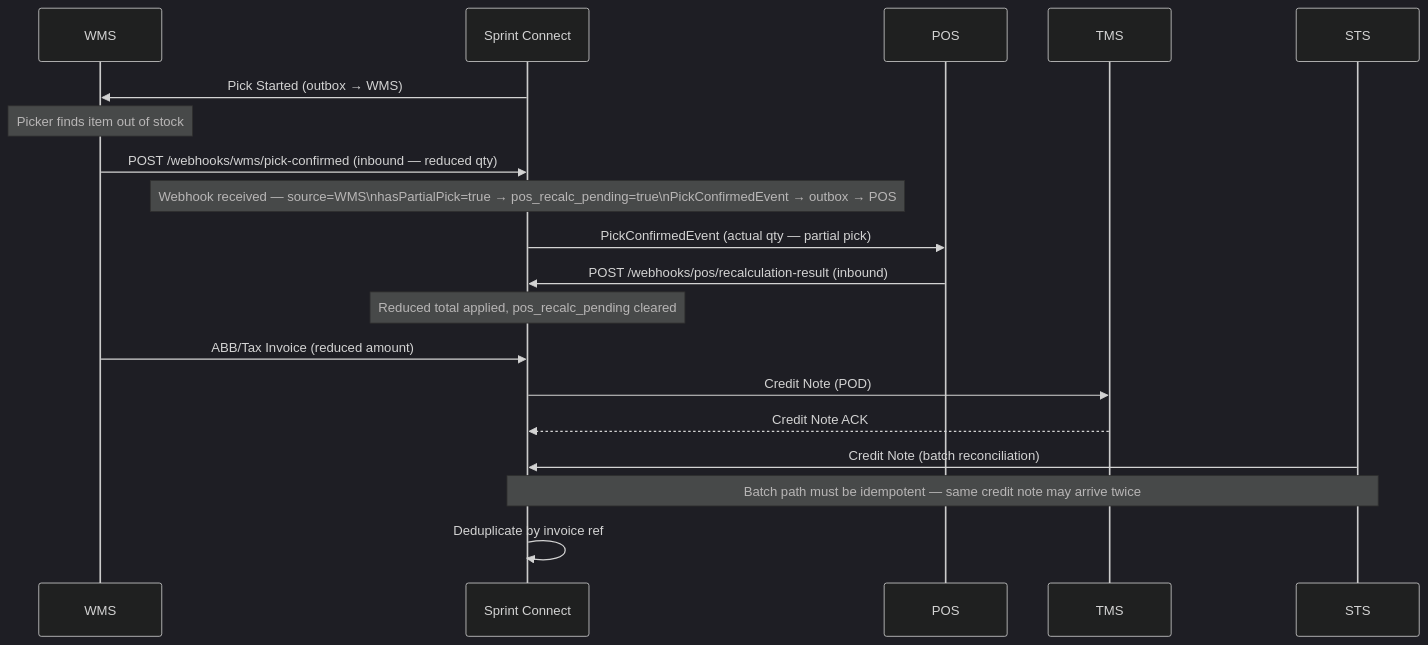
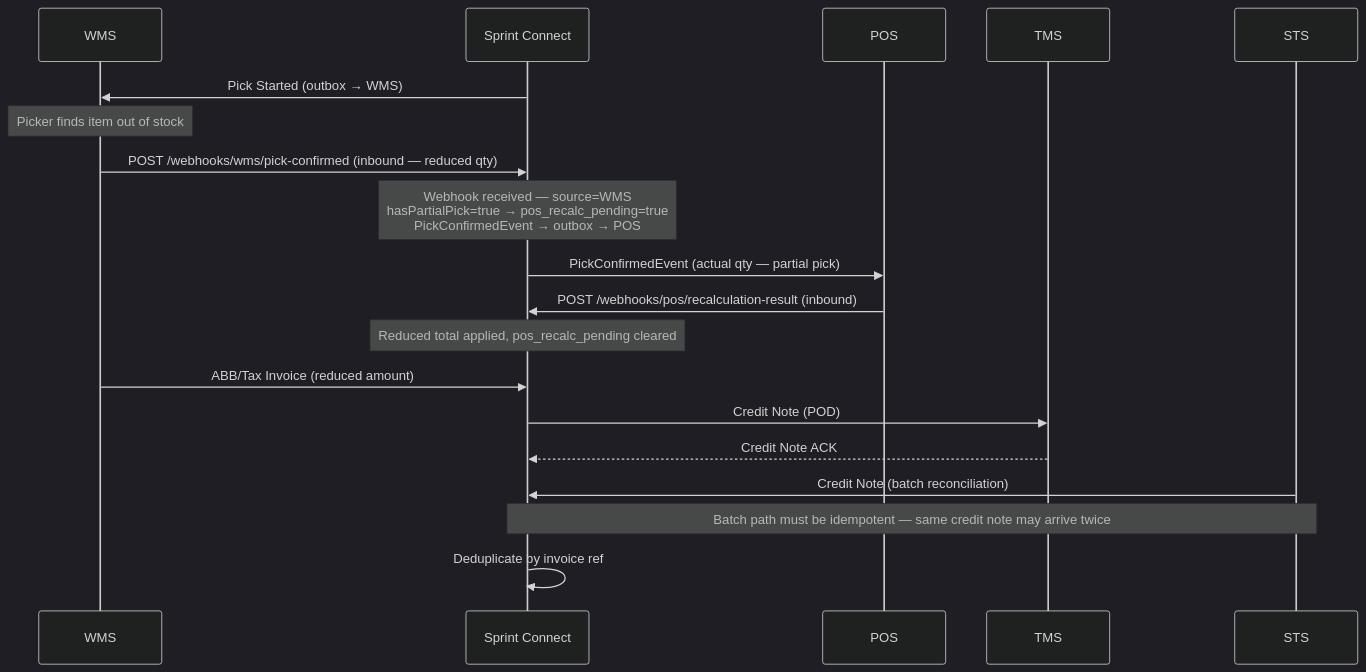
Before and after one commit to rosered11/personal-claude: the fifth of 24 diagrams in result/oms-sequence-diagrams.md, drawn with Mermaid (dark theme). The commit also changed other lines of this file and 7 other files, not shown here.

````diff
--- a/result/oms-sequence-diagrams.md
+++ b/result/oms-sequence-diagrams.md
@@ -157,26 +157,26 @@
 ```mermaid
 sequenceDiagram
     participant WMS as WMS
     participant SC as Sprint Connect
     participant POS as POS
     participant TMS as TMS
     participant STS as STS
 
     SC->>WMS: Pick Started (outbox → WMS)
     Note over WMS: Picker finds item out of stock
     WMS->>SC: POST /webhooks/wms/pick-confirmed (inbound — reduced qty)
-    Note over SC: Webhook received — source=WMS\nhasPartialPick=true → pos_recalc_pending=true\nPickConfirmedEvent → outbox → POS
+    Note over SC: Webhook received — source=WMS<br>hasPartialPick=true → pos_recalc_pending=true<br>PickConfirmedEvent → outbox → POS
 
     SC->>POS: PickConfirmedEvent (actual qty — partial pick)
     POS->>SC: POST /webhooks/pos/recalculation-result (inbound)
     Note over SC: Reduced total applied, pos_recalc_pending cleared
 
     WMS->>SC: ABB/Tax Invoice (reduced amount)
 
     SC->>TMS: Credit Note (POD)
     TMS-->>SC: Credit Note ACK
 
     STS->>SC: Credit Note (batch reconciliation)
     Note over SC,STS: Batch path must be idempotent — same credit note may arrive twice
     SC->>SC: Deduplicate by invoice ref
 ```
````
